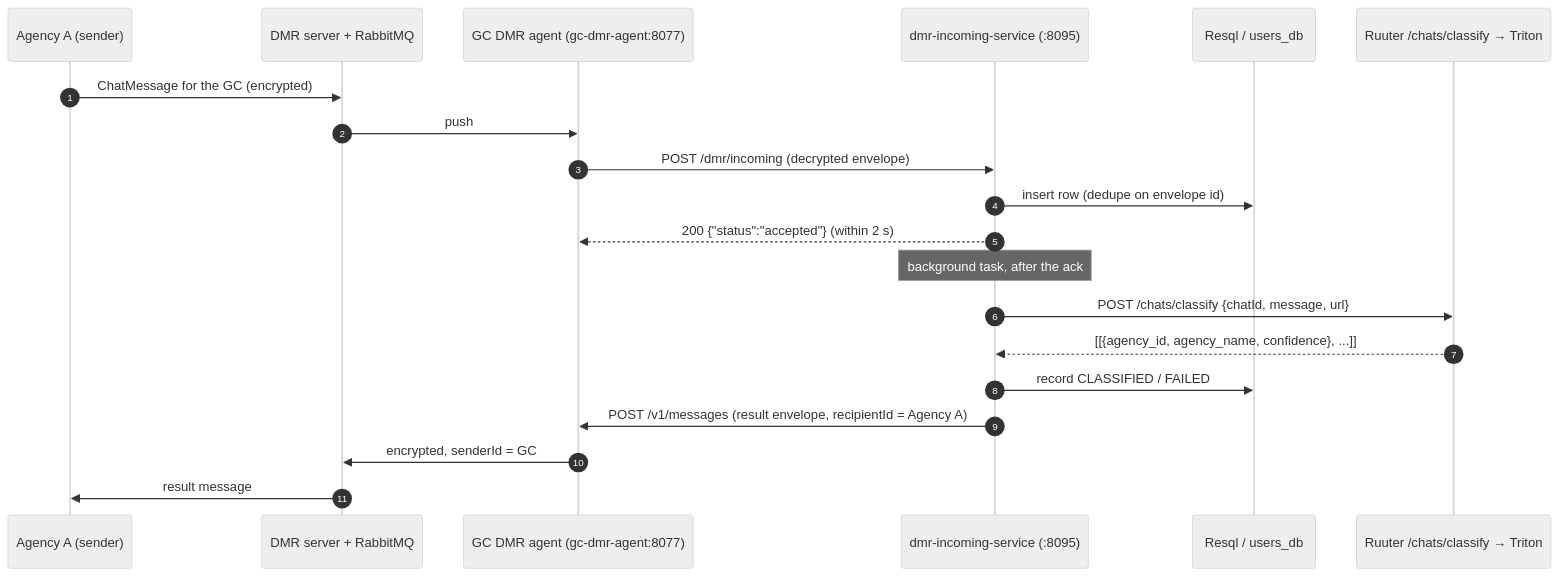
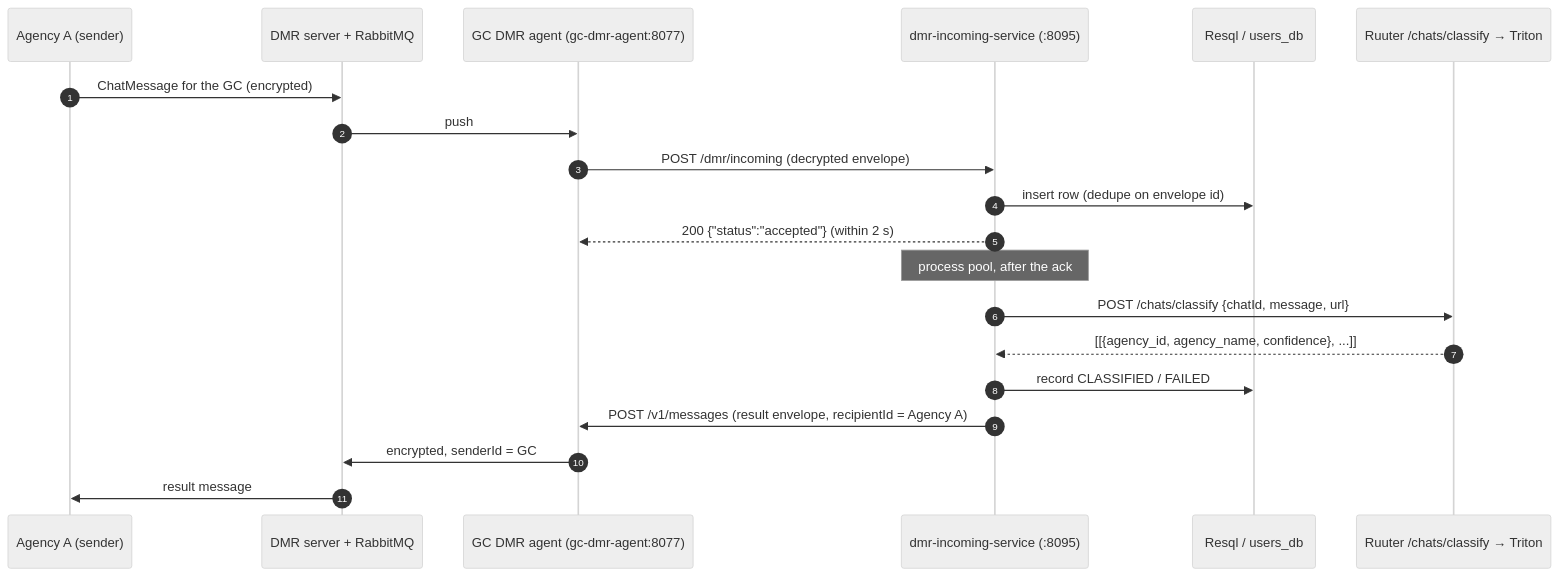
One commit to rootcodelabs/Global-Classifier changed the first of 2 diagrams in src/dmr_incoming_service/Readme.md. Above: the diagram before and after it, drawn with Mermaid (neutral theme). The commit also changed other lines of this file and 20 other files, not shown here.

````diff
--- a/src/dmr_incoming_service/Readme.md
+++ b/src/dmr_incoming_service/Readme.md
@@ -33,22 +33,22 @@
 ```mermaid
 sequenceDiagram
     autonumber
     participant AA as Agency A (sender)
     participant S as DMR server + RabbitMQ
     participant AG as GC DMR agent (gc-dmr-agent:8077)
     participant GC as dmr-incoming-service (:8095)
     participant DB as Resql / users_db
     participant CL as Ruuter /chats/classify → Triton
     AA->>S: ChatMessage for the GC (encrypted)
     S->>AG: push
     AG->>GC: POST /dmr/incoming (decrypted envelope)
     GC->>DB: insert row (dedupe on envelope id)
     GC-->>AG: 200 {"status":"accepted"} (within 2 s)
-    Note over GC: background task, after the ack
+    Note over GC: process pool, after the ack
     GC->>CL: POST /chats/classify {chatId, message, url}
     CL-->>GC: [[{agency_id, agency_name, confidence}, ...]]
     GC->>DB: record CLASSIFIED / FAILED
     GC->>AG: POST /v1/messages (result envelope, recipientId = Agency A)
     AG->>S: encrypted, senderId = GC
     S->>AA: result message
 ```
````
